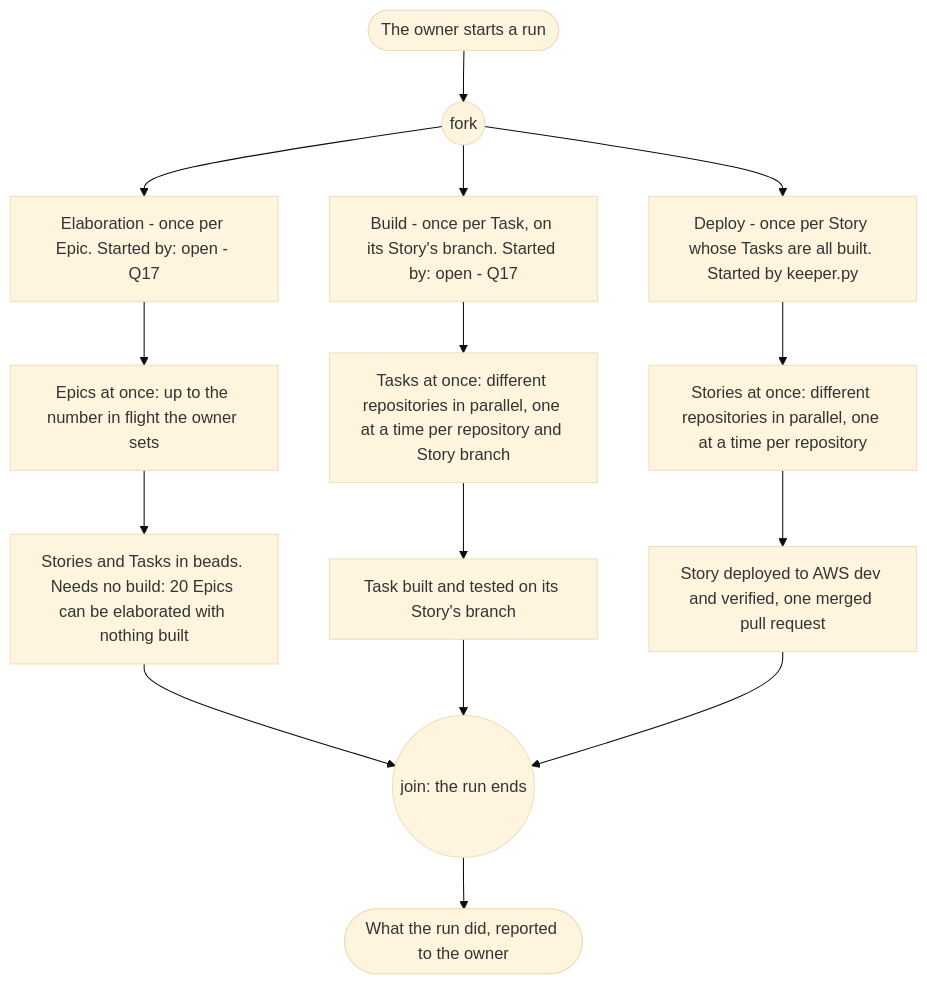
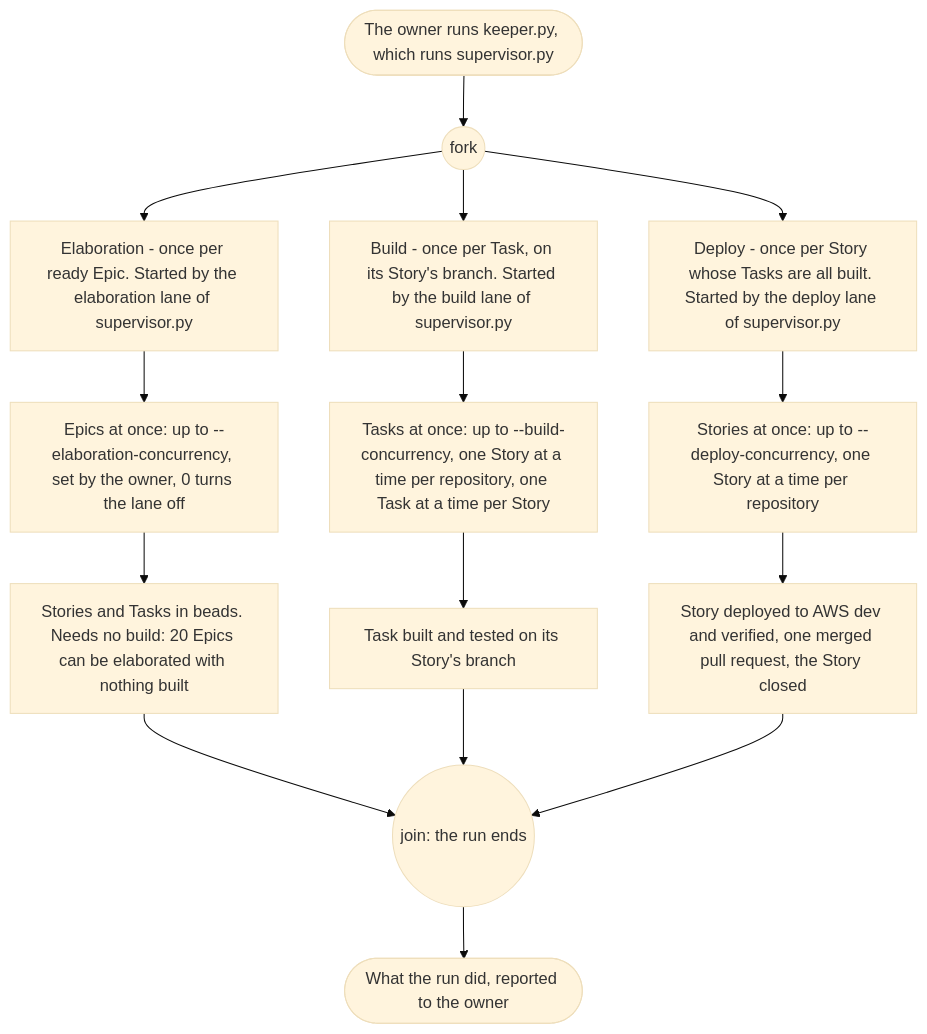
The third of 8 diagrams in plugins/agent-teams-workforce/blueprint/design/pipelines-driver.md (mark-satterfield/toolset), drawn with Mermaid (base theme) before and after one commit. The commit also changed other lines of this file and 1 other file, not shown here.

First line of the commit message:
docs(blueprint): draw keeper and supervisor from their code and start the driver at a ready Epic

````diff
--- a/plugins/agent-teams-workforce/blueprint/design/pipelines-driver.md
+++ b/plugins/agent-teams-workforce/blueprint/design/pipelines-driver.md
@@ -176,17 +233,17 @@
 ```mermaid
 flowchart TD
-    s(["The owner starts a run"]) --> fork1(("fork"))
-    fork1 --> el["Elaboration - once per Epic. Started by: open - Q17"]
-    fork1 --> bu["Build - once per Task, on its Story's branch. Started by: open - Q17"]
-    fork1 --> de["Deploy - once per Story whose Tasks are all built. Started by keeper.py"]
-    el --> elN["Epics at once: up to the number in flight the owner sets"]
-    bu --> buN["Tasks at once: different repositories in parallel, one at a time per repository and Story branch"]
-    de --> deN["Stories at once: different repositories in parallel, one at a time per repository"]
+    s(["The owner runs keeper.py, which runs supervisor.py"]) --> fork1(("fork"))
+    fork1 --> el["Elaboration - once per ready Epic. Started by the elaboration lane of supervisor.py"]
+    fork1 --> bu["Build - once per Task, on its Story's branch. Started by the build lane of supervisor.py"]
+    fork1 --> de["Deploy - once per Story whose Tasks are all built. Started by the deploy lane of supervisor.py"]
+    el --> elN["Epics at once: up to --elaboration-concurrency, set by the owner, 0 turns the lane off"]
+    bu --> buN["Tasks at once: up to --build-concurrency, one Story at a time per repository, one Task at a time per Story"]
+    de --> deN["Stories at once: up to --deploy-concurrency, one Story at a time per repository"]
     elN --> elOut["Stories and Tasks in beads. Needs no build: 20 Epics can be elaborated with nothing built"]
     buN --> buOut["Task built and tested on its Story's branch"]
-    deN --> deOut["Story deployed to AWS dev and verified, one merged pull request"]
+    deN --> deOut["Story deployed to AWS dev and verified, one merged pull request, the Story closed"]
     elOut --> join1(("join: the run ends"))
     buOut --> join1
     deOut --> join1
     join1 --> e(["What the run did, reported to the owner"])
 ```
````
